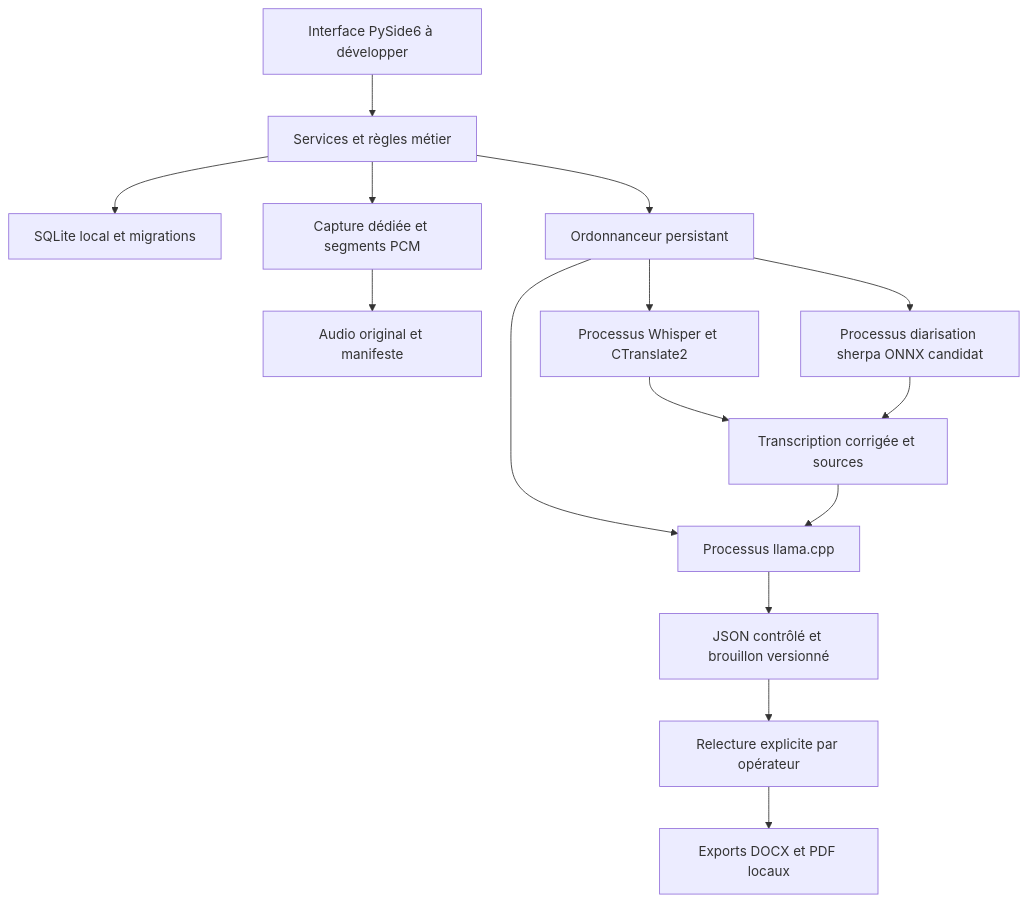
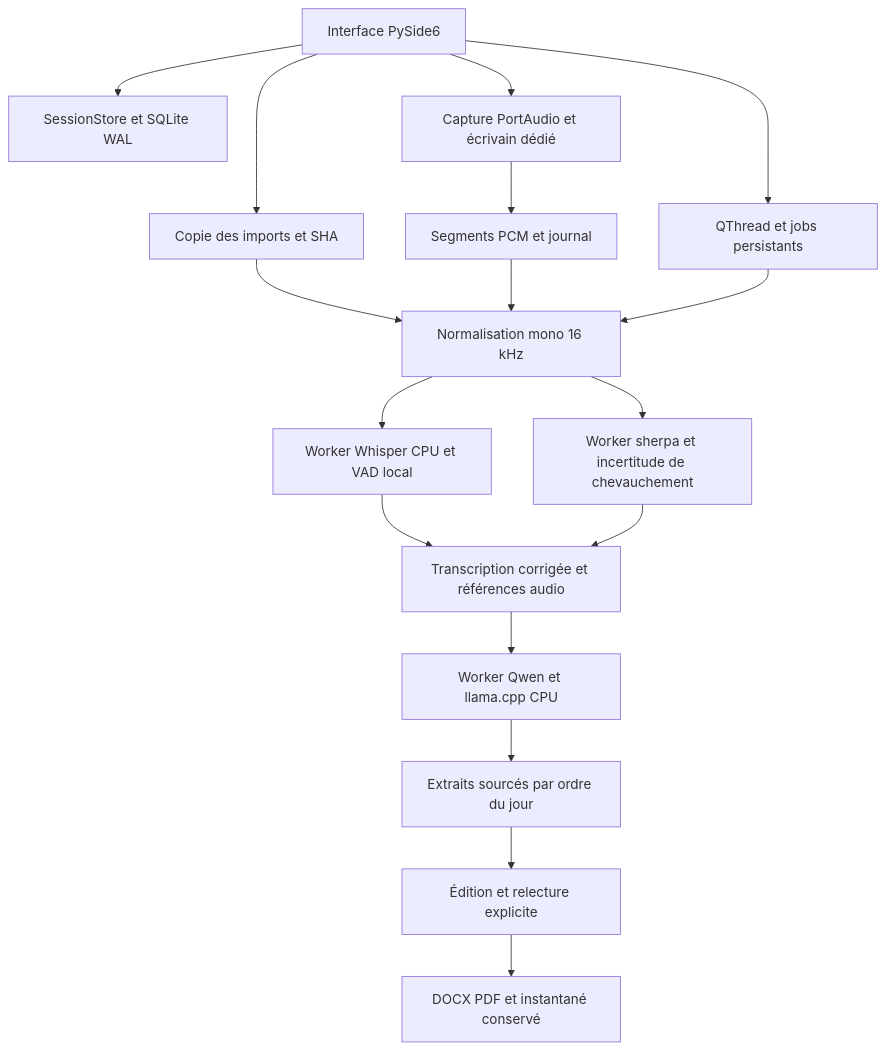
Before and after one commit to Reyden7/NoteTaker: the diagram in docs/architecture.md, drawn with Mermaid. The commit also changed other lines of this file and 67 other files, not shown here.

````diff
--- a/docs/architecture.md
+++ b/docs/architecture.md
@@ -11,17 +7,19 @@
 ```mermaid
 flowchart TD
-    UI[Interface PySide6 à développer] --> APP[Services et règles métier]
-    APP --> DB[SQLite local et migrations]
-    APP --> CAP[Capture dédiée et segments PCM]
-    CAP --> RAW[Audio original et manifeste]
-    APP --> JOBS[Ordonnanceur persistant]
-    JOBS --> ASR[Processus Whisper et CTranslate2]
-    JOBS --> DIAR[Processus diarisation sherpa ONNX candidat]
-    JOBS --> LLM[Processus llama.cpp]
-    ASR --> EDIT[Transcription corrigée et sources]
-    DIAR --> EDIT
-    EDIT --> LLM
-    LLM --> DRAFT[JSON contrôlé et brouillon versionné]
-    DRAFT --> REVIEW[Relecture explicite par opérateur]
-    REVIEW --> EXPORT[Exports DOCX et PDF locaux]
+    UI[Interface PySide6] --> STORE[SessionStore et SQLite WAL]
+    UI --> REC[Capture PortAudio et écrivain dédié]
+    REC --> RAW[Segments PCM et journal]
+    UI --> IMPORT[Copie des imports et SHA]
+    IMPORT --> NORMAL[Normalisation mono 16 kHz]
+    RAW --> NORMAL
+    UI --> JOBS[QThread et jobs persistants]
+    JOBS --> NORMAL
+    NORMAL --> ASR[Worker Whisper CPU et VAD local]
+    NORMAL --> DIAR[Worker sherpa et incertitude de chevauchement]
+    ASR --> TEXT[Transcription corrigée et références audio]
+    DIAR --> TEXT
+    TEXT --> LLM[Worker Qwen et llama.cpp CPU]
+    LLM --> DRAFT[Extraits sourcés par ordre du jour]
+    DRAFT --> REVIEW[Édition et relecture explicite]
+    REVIEW --> EXPORT[DOCX PDF et instantané conservé]
 ```
````
